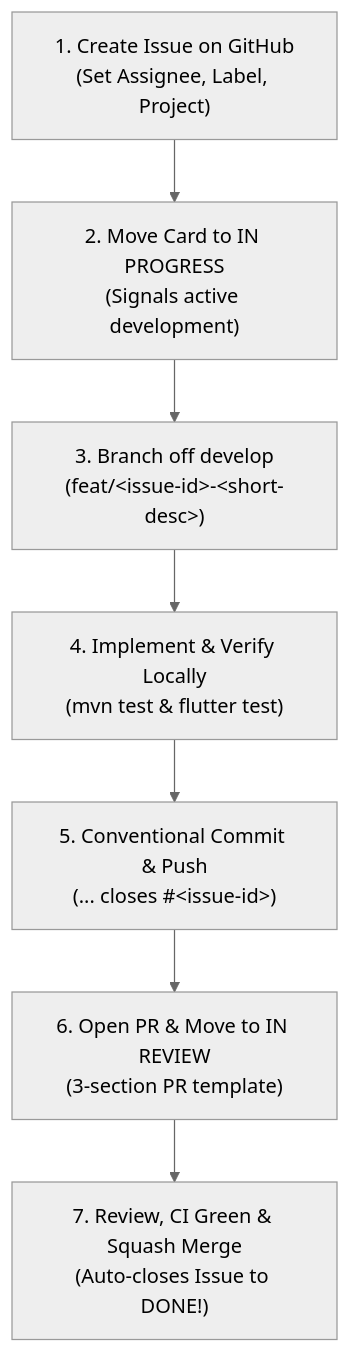
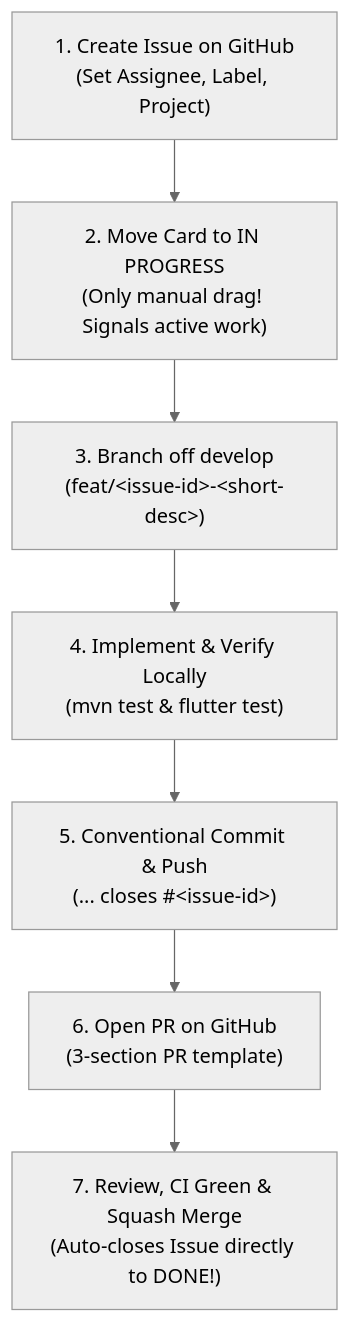
Before and after one commit to Varian08/smart-local-planner: the first of 2 diagrams in docs/DEVELOPER_WORKFLOW_PLAYBOOK.md, drawn with Mermaid (neutral theme). The commit also changed other lines of this file, not shown here.

First line of the commit message:
docs(workflow): clarify zero-overhead board automation directly to Done (#48)

````diff
--- a/docs/DEVELOPER_WORKFLOW_PLAYBOOK.md
+++ b/docs/DEVELOPER_WORKFLOW_PLAYBOOK.md
@@ -14,9 +14,9 @@
 ```mermaid
 flowchart TD
-    Step1["1. Create Issue on GitHub<br/>(Set Assignee, Label, Project)"] --> Step2["2. Move Card to IN PROGRESS<br/>(Signals active development)"]
+    Step1["1. Create Issue on GitHub<br/>(Set Assignee, Label, Project)"] --> Step2["2. Move Card to IN PROGRESS<br/>(Only manual drag! Signals active work)"]
     Step2 --> Step3["3. Branch off develop<br/>(feat/&lt;issue-id&gt;-&lt;short-desc&gt;)"]
     Step3 --> Step4["4. Implement & Verify Locally<br/>(mvn test & flutter test)"]
     Step4 --> Step5["5. Conventional Commit & Push<br/>(... closes #&lt;issue-id&gt;)"]
-    Step5 --> Step6["6. Open PR & Move to IN REVIEW<br/>(3-section PR template)"]
-    Step6 --> Step7["7. Review, CI Green & Squash Merge<br/>(Auto-closes Issue to DONE!)"]
+    Step5 --> Step6["6. Open PR on GitHub<br/>(3-section PR template)"]
+    Step6 --> Step7["7. Review, CI Green & Squash Merge<br/>(Auto-closes Issue directly to DONE!)"]
 ```
````
